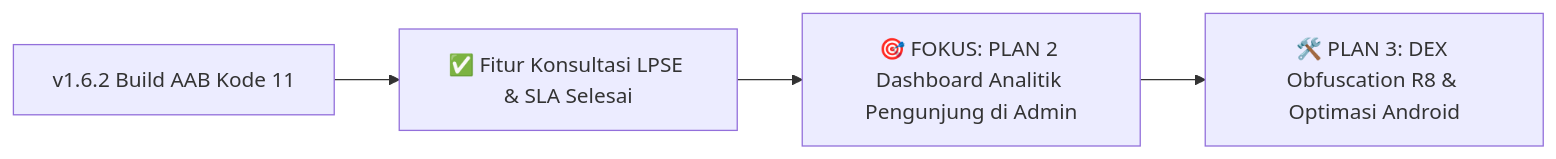
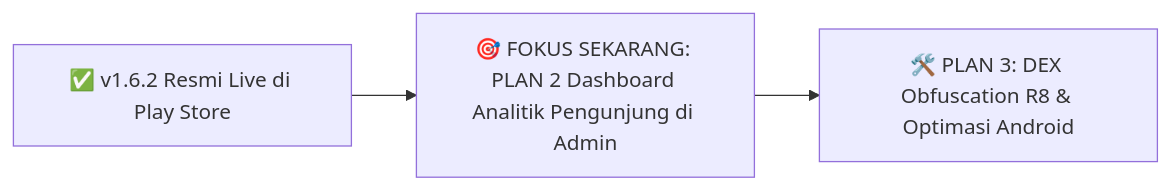
One commit to diskominfosandikonsel/konsel-setara changed the diagram in PLAN.md. Above: the diagram before and after it, drawn with Mermaid. The commit also changed other lines of this file and 1 other file, not shown here.

Commit message:
docs(plan): update status rilis v1.6.2 resmi live di Play Store & perbaikan styling sidebar admin

````diff
--- a/PLAN.md
+++ b/PLAN.md
@@ -20,6 +20,5 @@
 ```mermaid
 flowchart LR
-    A[v1.6.2 Build AAB Kode 11] --> B[✅ Fitur Konsultasi LPSE & SLA Selesai]
-    B --> C[🎯 FOKUS: PLAN 2 Dashboard Analitik Pengunjung di Admin]
-    C --> D[🛠️ PLAN 3: DEX Obfuscation R8 & Optimasi Android]
+    A[✅ v1.6.2 Resmi Live di Play Store] --> B[🎯 FOKUS SEKARANG: PLAN 2 Dashboard Analitik Pengunjung di Admin]
+    B --> C[🛠️ PLAN 3: DEX Obfuscation R8 & Optimasi Android]
 ```
````
